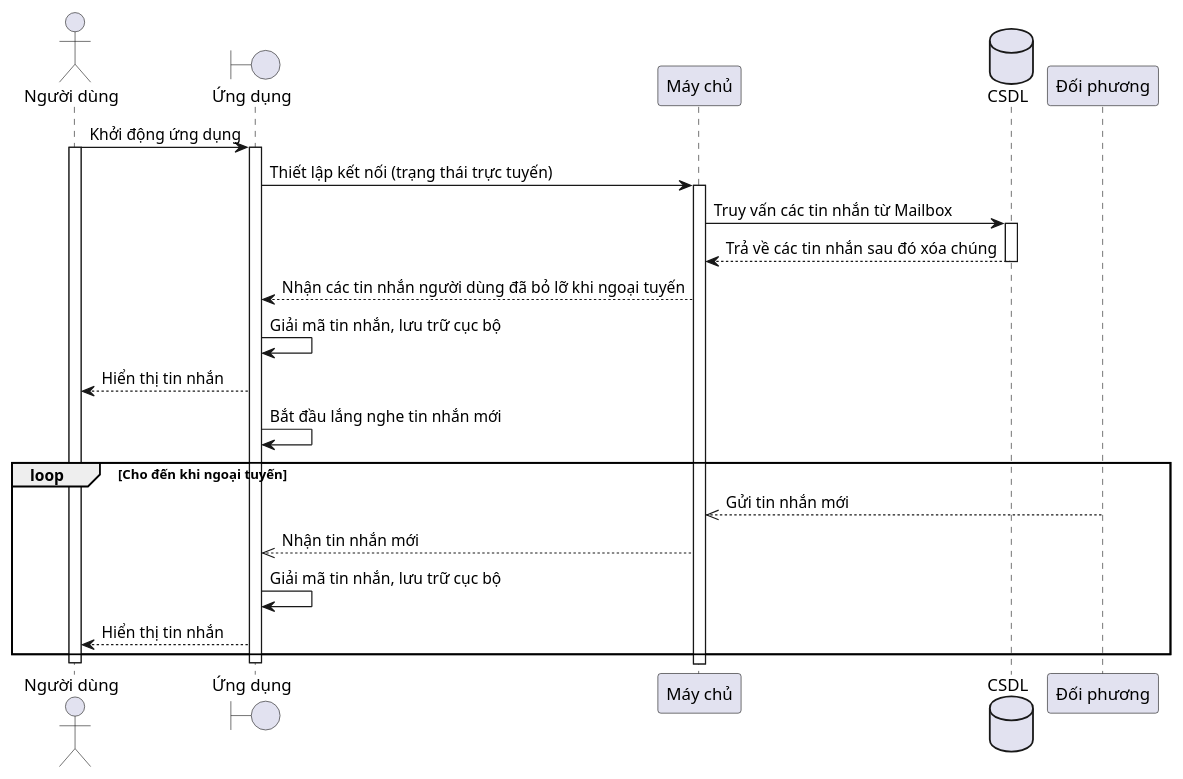
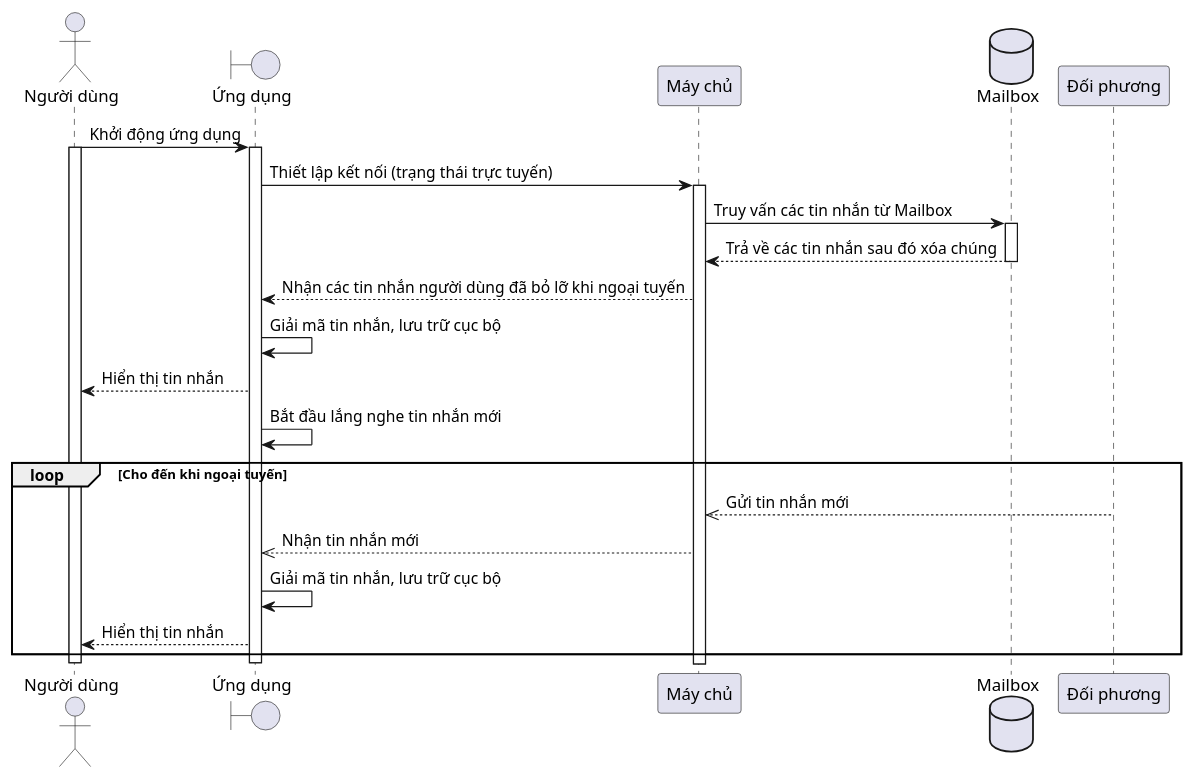
The diagram in Sequence Diagram/Receiving.pu (shhh-cat/Blackat_UML), drawn with PlantUML before and after one commit. The commit also changed 3 other files, not shown here.

```diff
--- a/Sequence Diagram/Receiving.pu
+++ b/Sequence Diagram/Receiving.pu
@@ -1,37 +1,37 @@
 @startuml
 
 
 actor "Người dùng" as user
 boundary "Ứng dụng" as app
 participant "Máy chủ" as server
-database "CSDL" as db
+database "Mailbox" as db
 participant "Đối phương" as partner
 
 user -> app: Khởi động ứng dụng
 activate app
 activate user
 app -> server: Thiết lập kết nối (trạng thái trực tuyến)
 
 
 activate server
 server -> db: Truy vấn các tin nhắn từ Mailbox
 activate db
 server <-- db: Trả về các tin nhắn sau đó xóa chúng
 deactivate db
 server --> app: Nhận các tin nhắn người dùng đã bỏ lỡ khi ngoại tuyến
 
 
 app -> app: Giải mã tin nhắn, lưu trữ cục bộ
 user <-- app: Hiển thị tin nhắn
 app -> app: Bắt đầu lắng nghe tin nhắn mới
 loop Cho đến khi ngoại tuyến
     server <<-- partner: Gửi tin nhắn mới
     app <<-- server: Nhận tin nhắn mới
     app -> app: Giải mã tin nhắn, lưu trữ cục bộ
     user <-- app: Hiển thị tin nhắn
 end
 deactivate app
 deactivate user
 
 
 @enduml
```
